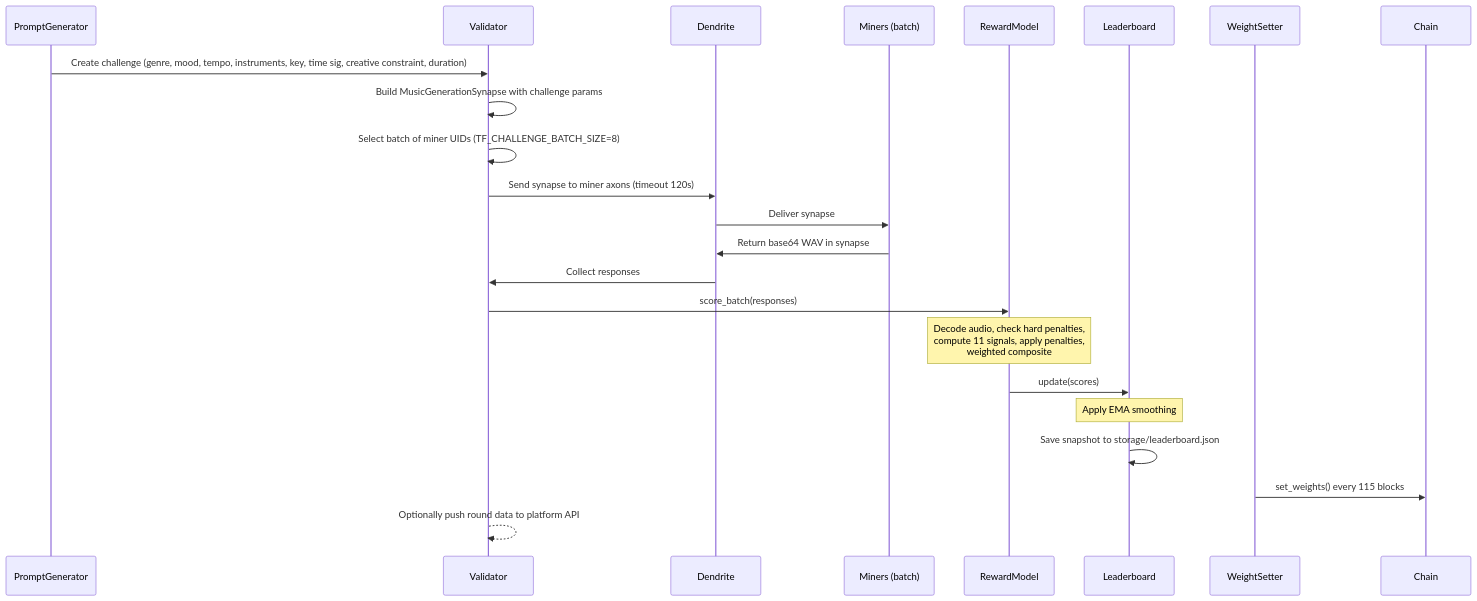
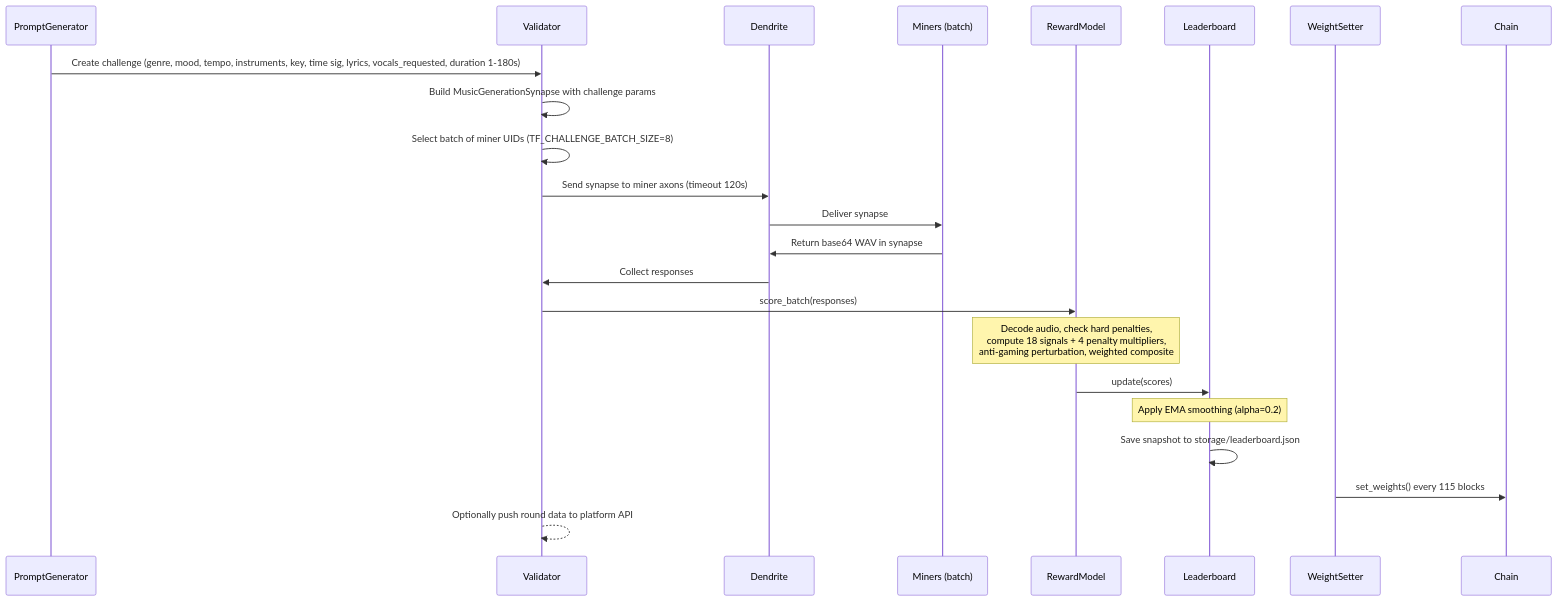
One commit to borgg-dev/tuneforge changed the second of 4 diagrams in docs/setup.md. Above: the diagram before and after it, drawn with Mermaid. The commit also changed other lines of this file and 9 other files, not shown here.

````diff
--- a/docs/setup.md
+++ b/docs/setup.md
@@ -78,26 +78,26 @@
 ```mermaid
 sequenceDiagram
     participant PG as PromptGenerator
     participant V as Validator
     participant D as Dendrite
     participant M as Miners (batch)
     participant RM as RewardModel
     participant LB as Leaderboard
     participant WS as WeightSetter
     participant C as Chain
 
-    PG->>V: Create challenge (genre, mood, tempo, instruments, key, time sig, creative constraint, duration)
+    PG->>V: Create challenge (genre, mood, tempo, instruments, key, time sig, lyrics, vocals_requested, duration 1-180s)
     V->>V: Build MusicGenerationSynapse with challenge params
     V->>V: Select batch of miner UIDs (TF_CHALLENGE_BATCH_SIZE=8)
     V->>D: Send synapse to miner axons (timeout 120s)
     D->>M: Deliver synapse
     M->>D: Return base64 WAV in synapse
     D->>V: Collect responses
     V->>RM: score_batch(responses)
-    Note over RM: Decode audio, check hard penalties,<br/>compute 11 signals, apply penalties,<br/>weighted composite
+    Note over RM: Decode audio, check hard penalties,<br/>compute 18 signals + 4 penalty multipliers,<br/>anti-gaming perturbation, weighted composite
     RM->>LB: update(scores)
-    Note over LB: Apply EMA smoothing
+    Note over LB: Apply EMA smoothing (alpha=0.2)
     LB->>LB: Save snapshot to storage/leaderboard.json
     WS->>C: set_weights() every 115 blocks
     V-->>V: Optionally push round data to platform API
 ```
````
